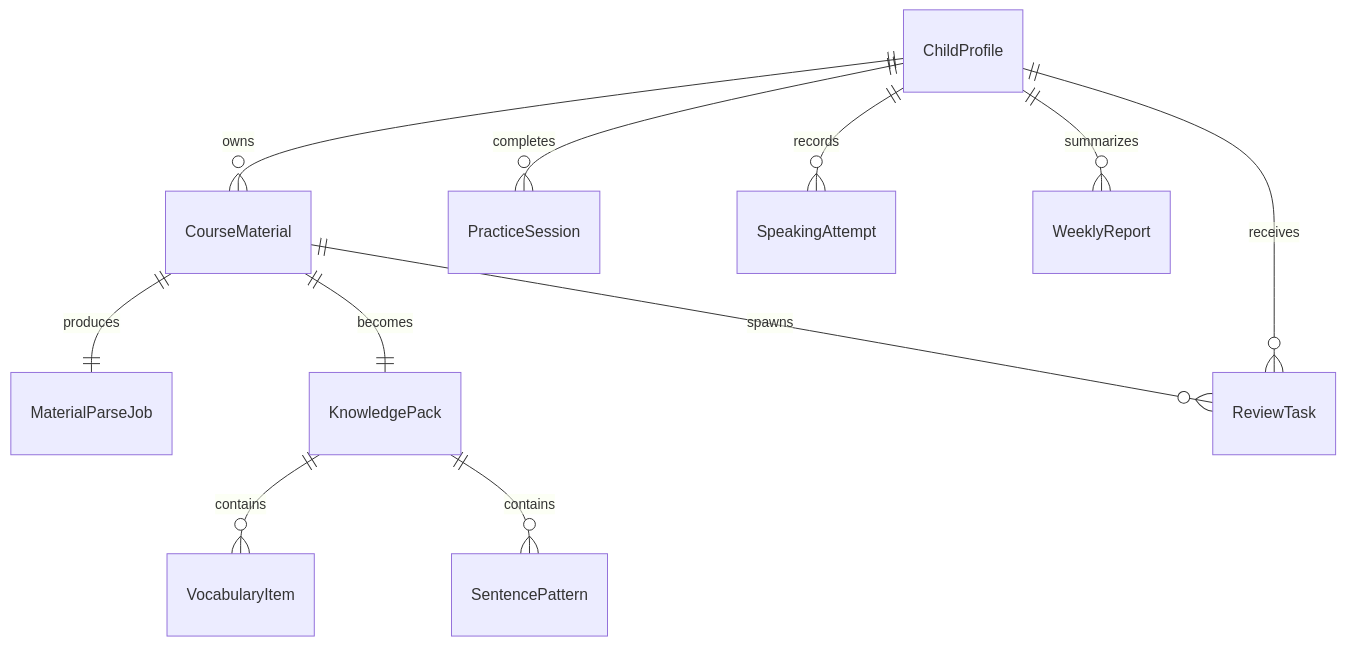
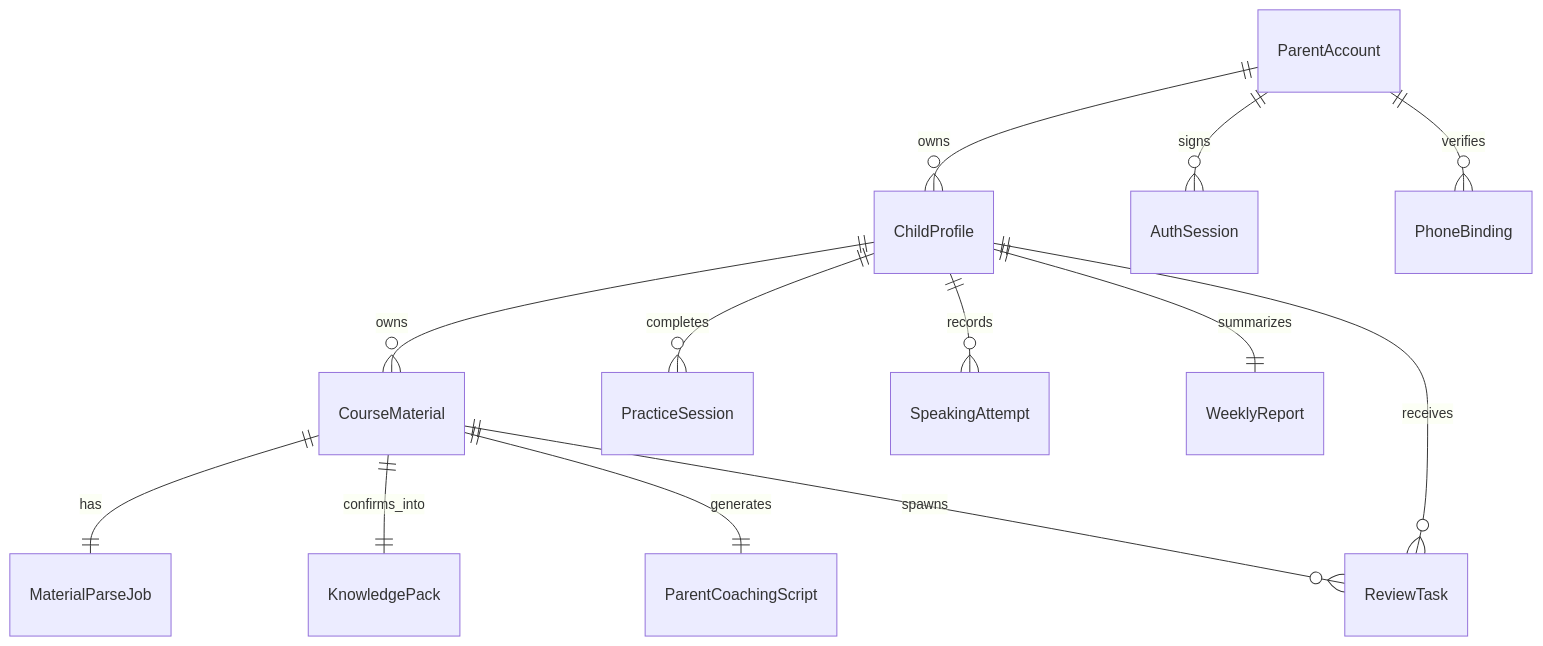
One commit to anbulang/LearningEnglish changed the diagram in docs/architecture/data-models.md. Above: the diagram before and after it, drawn with Mermaid. The commit also changed other lines of this file and 30 other files, not shown here.

````diff
--- a/docs/architecture/data-models.md
+++ b/docs/architecture/data-models.md
@@ -105,13 +183,15 @@
 ```mermaid
 erDiagram
+    ParentAccount ||--o{ ChildProfile : owns
+    ParentAccount ||--o{ AuthSession : signs
+    ParentAccount ||--o{ PhoneBinding : verifies
     ChildProfile ||--o{ CourseMaterial : owns
-    CourseMaterial ||--|| MaterialParseJob : produces
-    CourseMaterial ||--|| KnowledgePack : becomes
-    KnowledgePack ||--o{ VocabularyItem : contains
-    KnowledgePack ||--o{ SentencePattern : contains
+    CourseMaterial ||--|| MaterialParseJob : has
+    CourseMaterial ||--|| KnowledgePack : confirms_into
+    CourseMaterial ||--|| ParentCoachingScript : generates
     CourseMaterial ||--o{ ReviewTask : spawns
     ChildProfile ||--o{ ReviewTask : receives
     ChildProfile ||--o{ PracticeSession : completes
     ChildProfile ||--o{ SpeakingAttempt : records
-    ChildProfile ||--o{ WeeklyReport : summarizes
+    ChildProfile ||--|| WeeklyReport : summarizes
 ```
````
